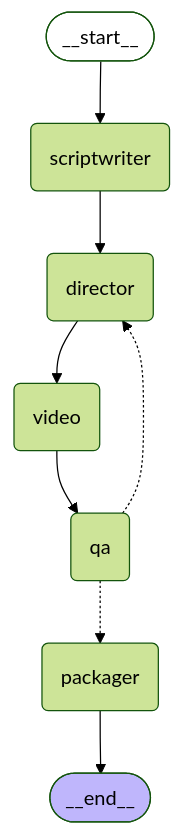
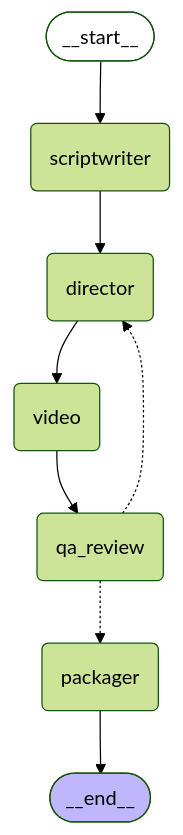
Before and after one commit to kasbsquall/digital-farm-showrunner: the diagram in docs/pipeline_graph.md, drawn with Mermaid (forest theme). The commit also changed other lines of this file and 1 other file, not shown here.

Commit message:
docs(en): translate docs/README.md and pipeline_graph.md to English, fix qa->qa_review + i2v labels

````diff
--- a/docs/pipeline_graph.md
+++ b/docs/pipeline_graph.md
@@ -7,19 +7,19 @@
 ```mermaid
 graph TD;
 	__start__([__start__]):::first
 	scriptwriter(scriptwriter)
 	director(director)
 	video(video)
-	qa(qa)
+	qa_review(qa_review)
 	packager(packager)
 	__end__([__end__]):::last
 	__start__ --> scriptwriter;
 	scriptwriter --> director;
 	director --> video;
-	video --> qa;
-	qa -.-> director;
-	qa -.-> packager;
+	video --> qa_review;
+	qa_review -.-> director;
+	qa_review -.-> packager;
 	packager --> __end__;
 	classDef first fill-opacity:0
 	classDef last fill:#bfb6fc
 ```
````
